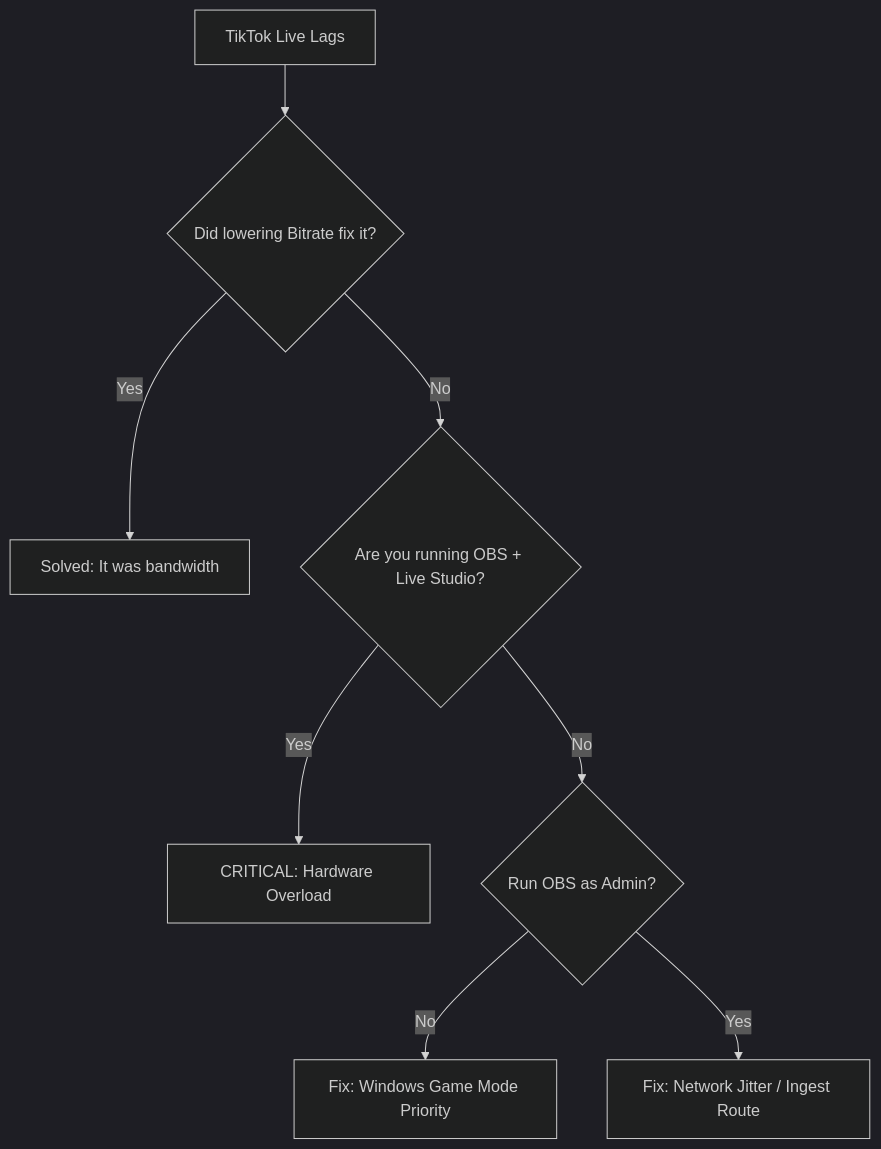
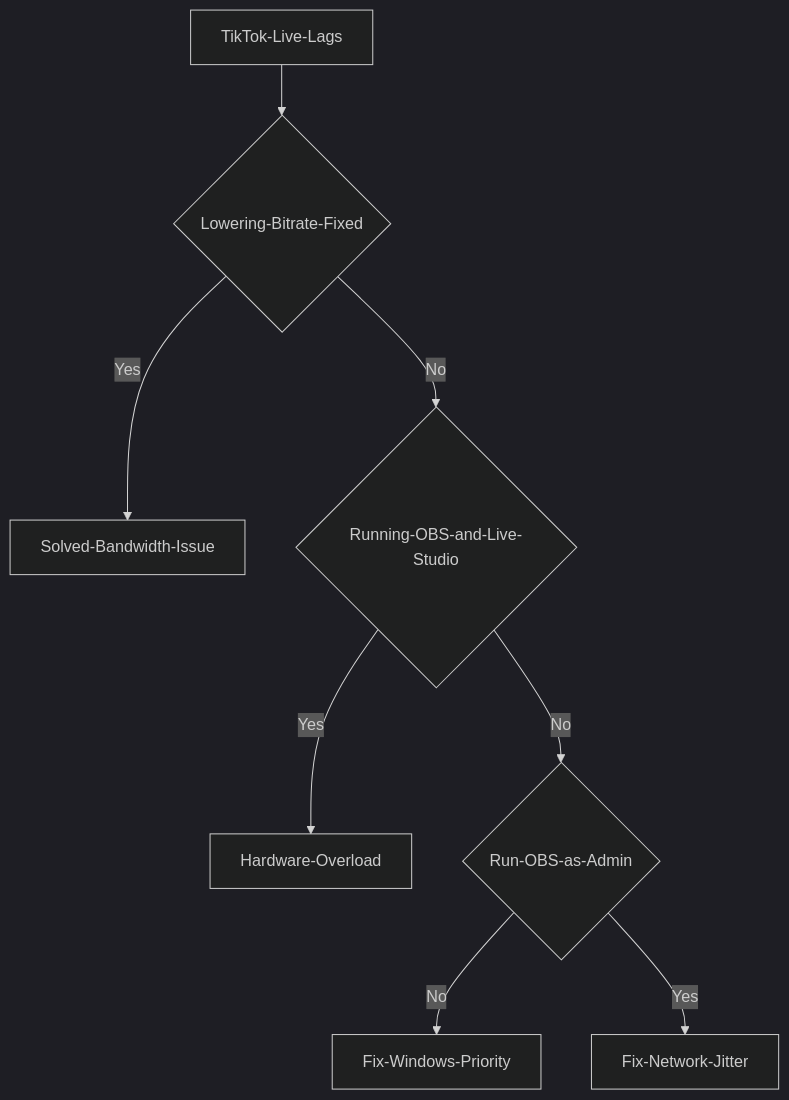
The diagram in data/blog/changing-obs-settings-didnt-fix-tiktok-live-lag-2026.mdx (littl3-boat/ttwise), drawn with Mermaid (dark theme) before and after one commit. The commit also changed 35 other files, not shown here.

First line of the commit message:
feat: fix Mermaid diagram syntax across blog posts and add new Reddit-sourced blog entries

````diff
--- a/data/blog/changing-obs-settings-didnt-fix-tiktok-live-lag-2026.mdx
+++ b/data/blog/changing-obs-settings-didnt-fix-tiktok-live-lag-2026.mdx
@@ -35,10 +35,10 @@
 ```mermaid
-graph TD
-    A[TikTok Live Lags] --> B{Did lowering Bitrate fix it?}
-    B -->|Yes| C[Solved: It was bandwidth]
-    B -->|No| D{Are you running OBS + Live Studio?}
-    D -->|Yes| E[CRITICAL: Hardware Overload]
-    D -->|No| F{Run OBS as Admin?}
-    F -->|No| G[Fix: Windows Game Mode Priority]
-    F -->|Yes| H[Fix: Network Jitter / Ingest Route]
+flowchart TD
+    A[TikTok-Live-Lags] --> B{Lowering-Bitrate-Fixed}
+    B -->|Yes| C[Solved-Bandwidth-Issue]
+    B -->|No| D{Running-OBS-and-Live-Studio}
+    D -->|Yes| E[Hardware-Overload]
+    D -->|No| F{Run-OBS-as-Admin}
+    F -->|No| G[Fix-Windows-Priority]
+    F -->|Yes| H[Fix-Network-Jitter]
 ```
````
